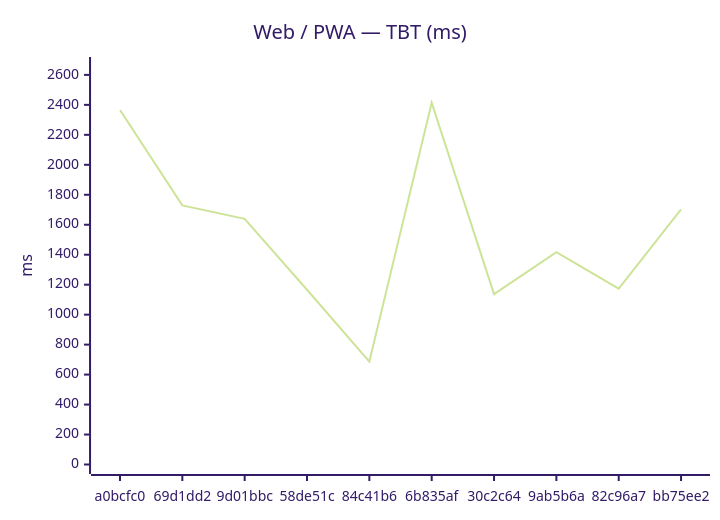
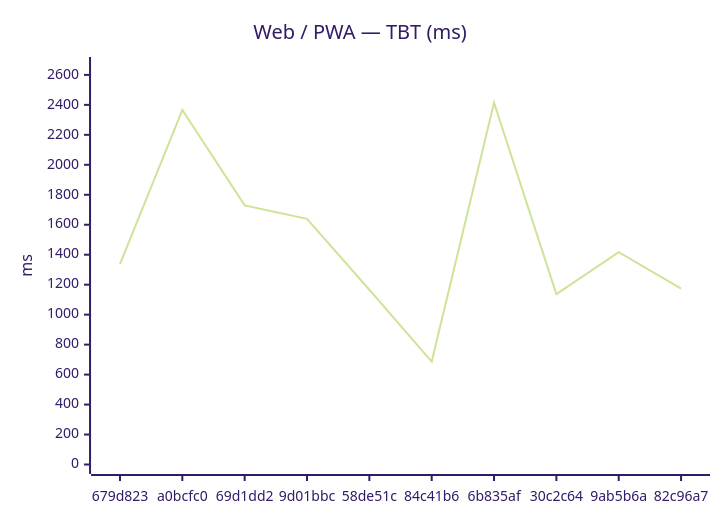
Before and after one commit to Metaheurist/Rianell: the second of 12 diagrams in benchmarks/compare.md, drawn with Mermaid (forest theme). The commit also changed other lines of this file and 8 other files, not shown here.

````diff
--- a/benchmarks/compare.md
+++ b/benchmarks/compare.md
@@ -31,7 +31,7 @@
 ```mermaid
 xychart-beta
     title "Web / PWA — TBT (ms)"
-    x-axis ["a0bcfc0", "69d1dd2", "9d01bbc", "58de51c", "84c41b6", "6b835af", "30c2c64", "9ab5b6a", "82c96a7", "bb75ee2"]
+    x-axis ["679d823", "a0bcfc0", "69d1dd2", "9d01bbc", "58de51c", "84c41b6", "6b835af", "30c2c64", "9ab5b6a", "82c96a7"]
     y-axis "ms" 0 --> 2656
-    line [2366, 1729, 1639, 1166, 687, 2414, 1137, 1417, 1173, 1703]
+    line [1338, 2366, 1729, 1639, 1166, 687, 2414, 1137, 1417, 1173]
 ```
````
